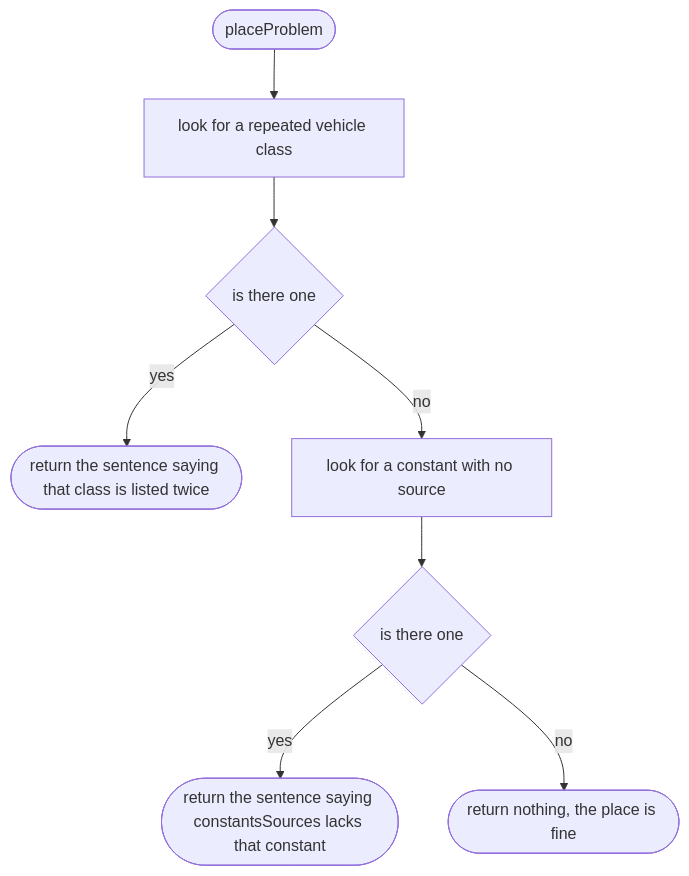
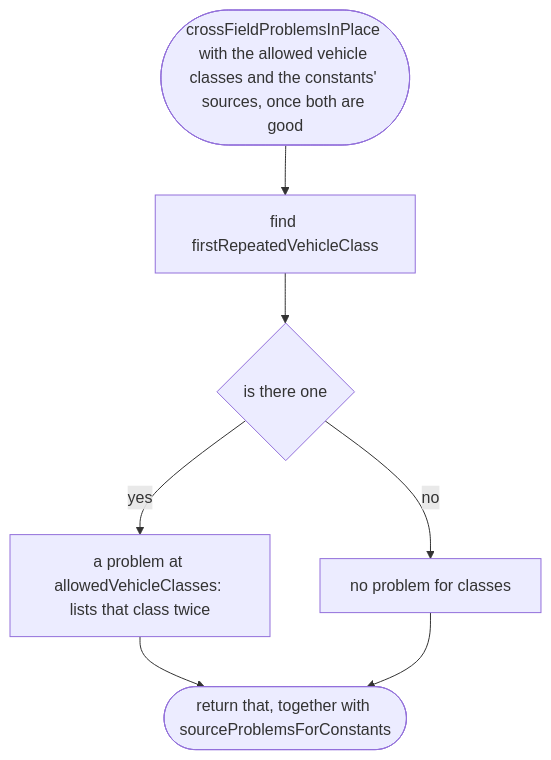
The fourth of 5 diagrams in docs/designs/src/place/place.md (NewDara-Star/world-engine), drawn with Mermaid before and after one commit. The commit also changed other lines of this file and 9 other files, not shown here.

````diff
--- a/docs/designs/src/place/place.md
+++ b/docs/designs/src/place/place.md
@@ -33,18 +54,15 @@
 ```mermaid
 flowchart TD
-  s(["placeProblem"])
-  a["look for a repeated vehicle class"]
+  s(["crossFieldProblemsInPlace with the allowed vehicle classes and the constants' sources, once both are good"])
+  a["find firstRepeatedVehicleClass"]
   b{"is there one"}
-  c(["return the sentence saying that class is listed twice"])
-  d["look for a constant with no source"]
-  e{"is there one"}
-  f(["return the sentence saying constantsSources lacks that constant"])
-  g(["return nothing, the place is fine"])
+  c["a problem at allowedVehicleClasses: lists that class twice"]
+  d["no problem for classes"]
+  e(["return that, together with sourceProblemsForConstants"])
   s --> a
   a --> b
   b -->|"yes"| c
   b -->|"no"| d
+  c --> e
   d --> e
-  e -->|"yes"| f
-  e -->|"no"| g
 ```
````
